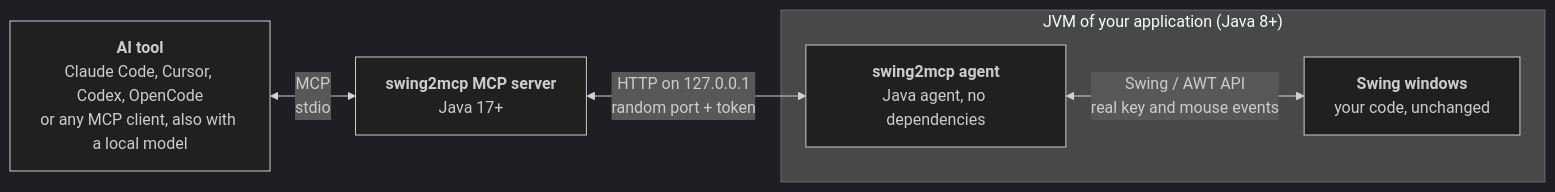
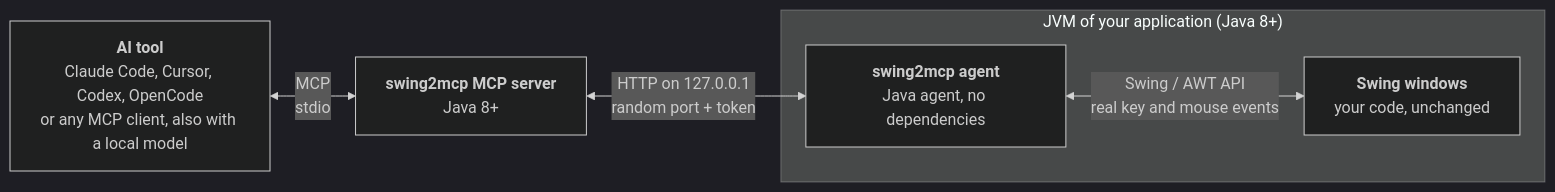
One commit to ibrahimcavdar/swing2mcp changed the first of 2 diagrams in README.md. Above: the diagram before and after it, drawn with Mermaid (dark theme). The commit also changed other lines of this file and 2 other files, not shown here.

````diff
--- a/README.md
+++ b/README.md
@@ -179,12 +264,12 @@
 ```mermaid
 flowchart LR
     ai["<b>AI tool</b><br/>Claude Code, Cursor, Codex, OpenCode<br/>or any MCP client, also with a local model"]
-    server["<b>swing2mcp MCP server</b><br/>Java 17+"]
+    server["<b>swing2mcp MCP server</b><br/>Java 8+"]
     subgraph jvm["JVM of your application (Java 8+)"]
         agent["<b>swing2mcp agent</b><br/>Java agent, no dependencies"]
         ui["<b>Swing windows</b><br/>your code, unchanged"]
         agent <-->|"Swing / AWT API<br/>real key and mouse events"| ui
     end
     ai <-->|"MCP<br/>stdio"| server
     server <-->|"HTTP on 127.0.0.1<br/>random port + token"| agent
 ```
````
